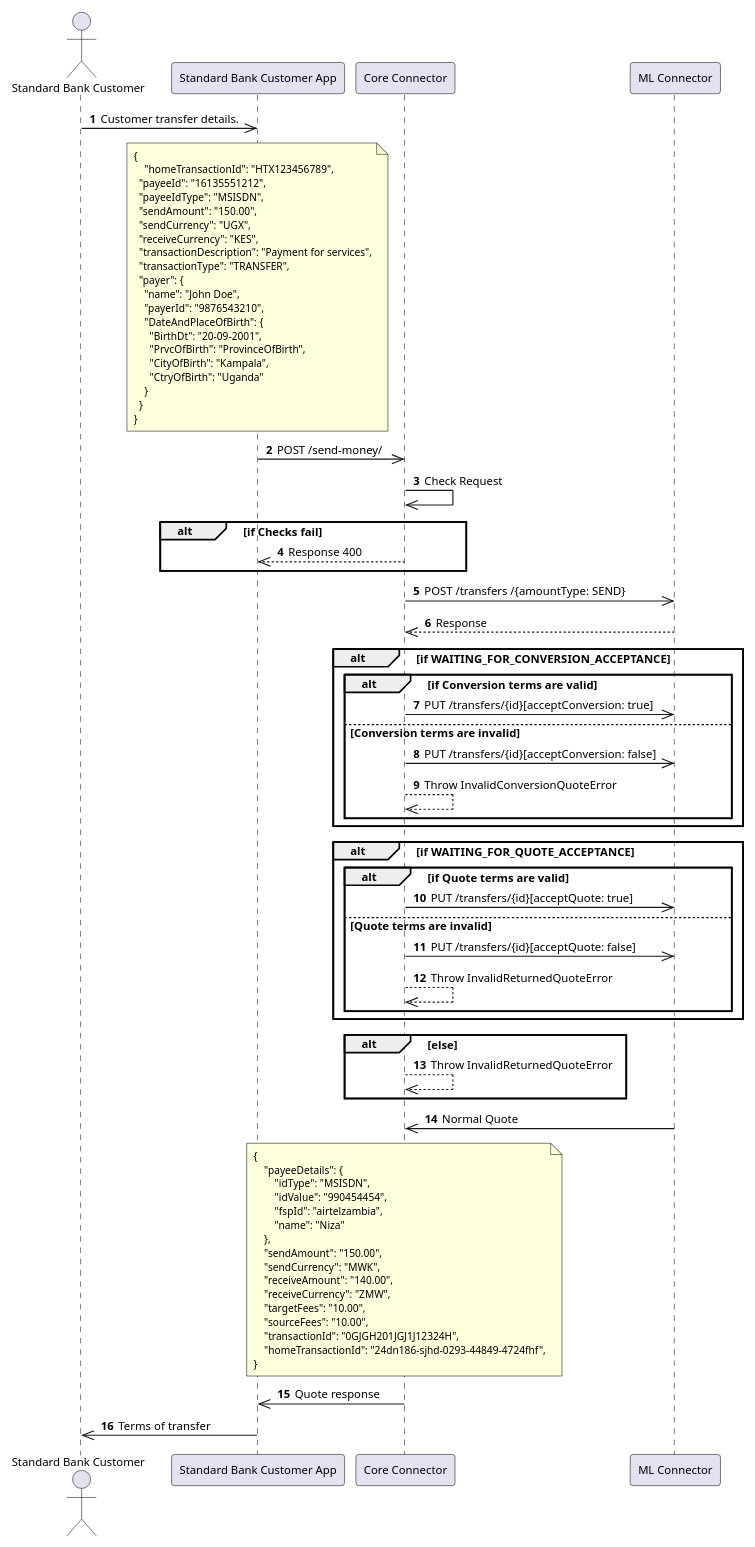
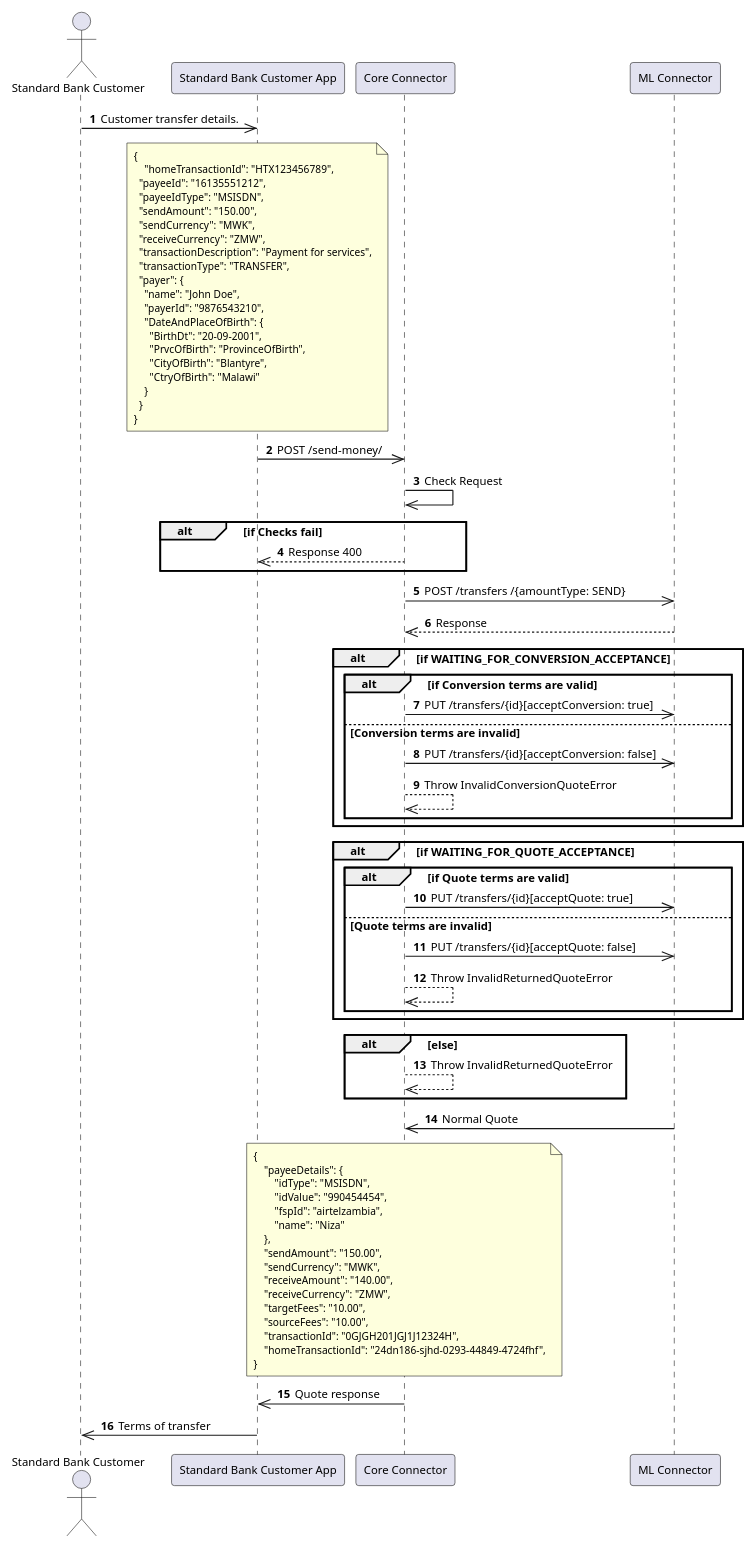
One commit to mojaloop/ml-reference-connectors changed the diagram in standard-bank-mw-core-connector/docs/payer-new/initiate-transfer.puml. Above: the diagram before and after it, drawn with PlantUML.

Commit message:
fix: Edited initiate-transfer.puml file.

```diff
--- a/standard-bank-mw-core-connector/docs/payer-new/initiate-transfer.puml
+++ b/standard-bank-mw-core-connector/docs/payer-new/initiate-transfer.puml
@@ -1,100 +1,100 @@
 @startuml name="initiate-transfer"
 
 skinparam defaultFontSize 10
 skinparam NoteFontSize 9
 skinparam NoteFontName "Courier New"  ' Monospace font
 skinparam wrapWidth 50                ' Set the width of the note
 
 autonumber
 
 actor "Standard Bank Customer" as Customer
 participant "Standard Bank Customer App" as App
 participant "Core Connector" as Core
 participant "ML Connector" as ML
 
 Customer ->> App: Customer transfer details.
 
 
 note over App
 {
     "homeTransactionId": "HTX123456789",
   "payeeId": "16135551212",
   "payeeIdType": "MSISDN",
   "sendAmount": "150.00",
-  "sendCurrency": "UGX",
-  "receiveCurrency": "KES",
+  "sendCurrency": "MWK",
+  "receiveCurrency": "ZMW",
   "transactionDescription": "Payment for services",
   "transactionType": "TRANSFER",
   "payer": {
     "name": "John Doe",
     "payerId": "9876543210",
     "DateAndPlaceOfBirth": {
       "BirthDt": "20-09-2001",
       "PrvcOfBirth": "ProvinceOfBirth",
-      "CityOfBirth": "Kampala",
-      "CtryOfBirth": "Uganda"
+      "CityOfBirth": "Blantyre",
+      "CtryOfBirth": "Malawi"
     }
   }
 }
 end note
 App ->> Core: POST /send-money/ 
 
 
 Core ->> Core: Check Request
 
 alt if Checks fail
     Core -->> App: Response 400
 end
 
 
 
 Core ->> ML: POST /transfers /{amountType: SEND} 
 ML -->> Core: Response
 
 alt if WAITING_FOR_CONVERSION_ACCEPTANCE
     alt if Conversion terms are valid
         Core ->> ML: PUT /transfers/{id}[acceptConversion: true]
     else Conversion terms are invalid
         Core ->> ML: PUT /transfers/{id}[acceptConversion: false]
         Core -->> Core: Throw InvalidConversionQuoteError
     end
 end
 
 alt if WAITING_FOR_QUOTE_ACCEPTANCE
     alt if Quote terms are valid
         Core ->> ML: PUT /transfers/{id}[acceptQuote: true]
     else Quote terms are invalid
         Core ->> ML: PUT /transfers/{id}[acceptQuote: false]
         Core -->> Core: Throw InvalidReturnedQuoteError
     end
 end
 
 alt else
     Core -->> Core: Throw InvalidReturnedQuoteError
 end
 
 ML ->> Core: Normal Quote
 
 note over Core
 {
     "payeeDetails": {
         "idType": "MSISDN",
         "idValue": "990454454",
         "fspId": "airtelzambia",
         "name": "Niza"
     },
     "sendAmount": "150.00",
     "sendCurrency": "MWK",
     "receiveAmount": "140.00",
     "receiveCurrency": "ZMW",
     "targetFees": "10.00",
     "sourceFees": "10.00",
     "transactionId": "0GJGH201JGJ1J12324H",
     "homeTransactionId": "24dn186-sjhd-0293-44849-4724fhf",
 }
 end note
 Core ->> App: Quote response
 
 App ->> Customer: Terms of transfer
 
 @enduml
```
